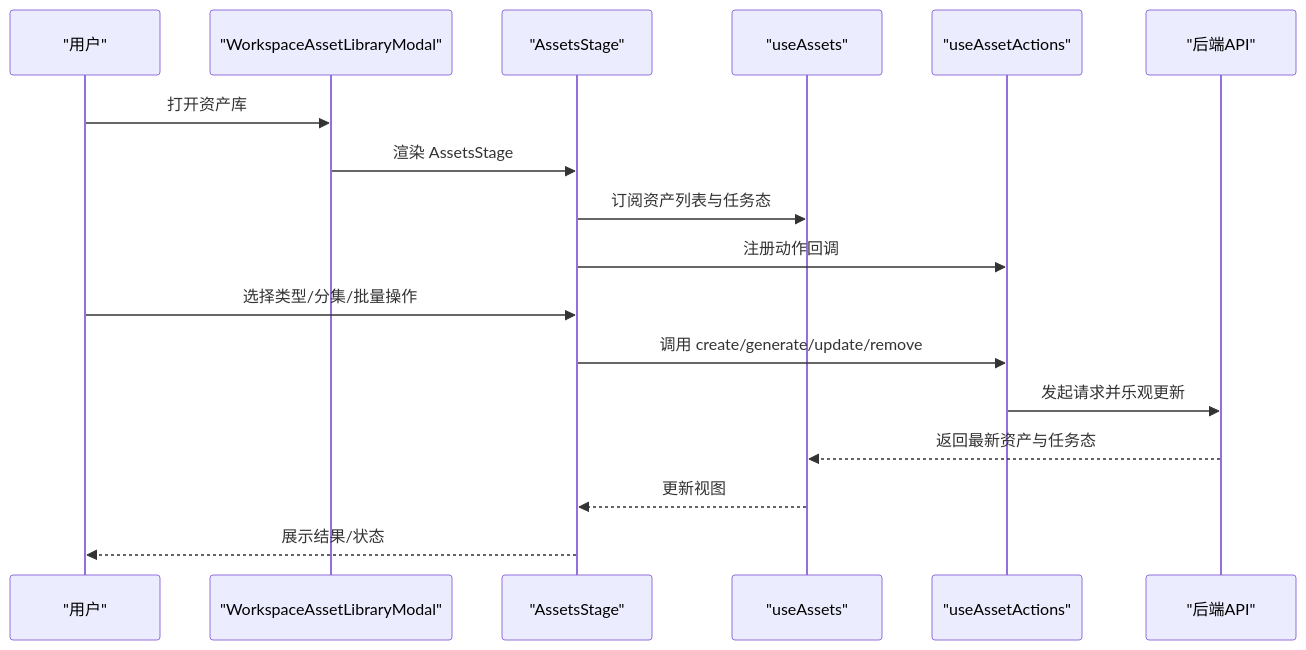
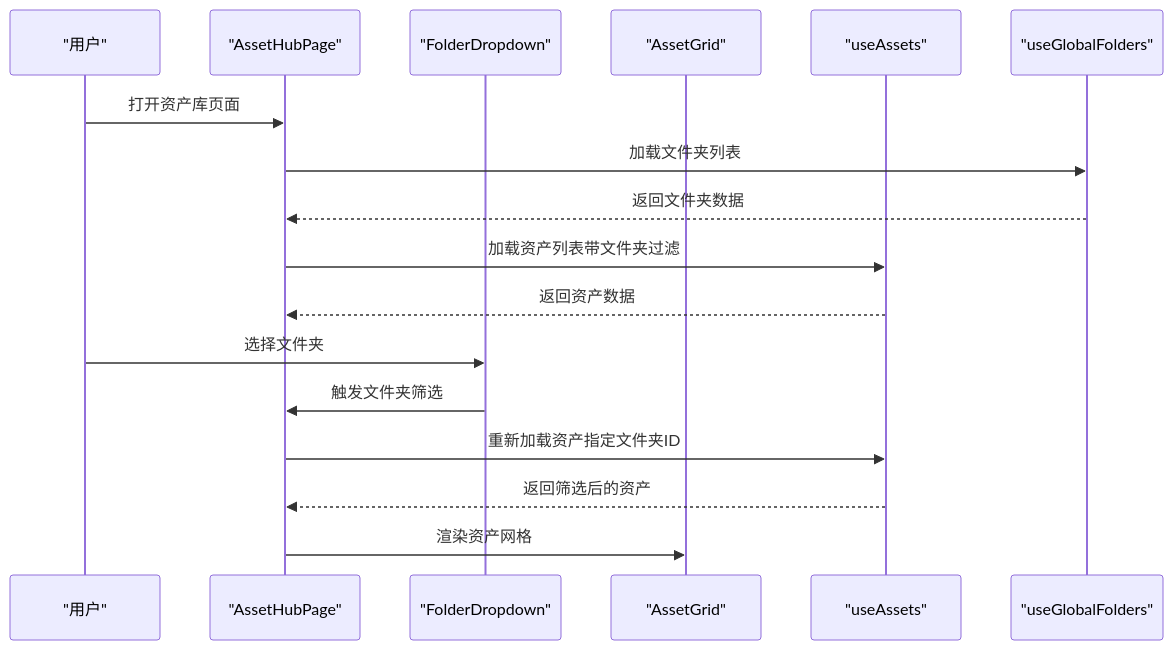
Before and after one commit to lyl2021/waoowaoo: the second of 4 diagrams in .qoder/repowiki/zh/content/前端组件架构/工作区组件/资产管理组件.md, drawn with Mermaid. The commit also changed other lines of this file and 18 other files, not shown here.

````diff
--- a/.qoder/repowiki/zh/content/前端组件架构/工作区组件/资产管理组件.md
+++ b/.qoder/repowiki/zh/content/前端组件架构/工作区组件/资产管理组件.md
@@ -149,19 +171,19 @@
 ```mermaid
 sequenceDiagram
 participant U as "用户"
-participant WALM as "WorkspaceAssetLibraryModal"
-participant AS as "AssetsStage"
+participant AH as "AssetHubPage"
+participant FD as "FolderDropdown"
+participant AG as "AssetGrid"
 participant UA as "useAssets"
-participant UAA as "useAssetActions"
-participant API as "后端API"
-U->>WALM : 打开资产库
-WALM->>AS : 渲染 AssetsStage
-AS->>UA : 订阅资产列表与任务态
-AS->>UAA : 注册动作回调
-U->>AS : 选择类型/分集/批量操作
-AS->>UAA : 调用 create/generate/update/remove
-UAA->>API : 发起请求并乐观更新
-API-->>UA : 返回最新资产与任务态
-UA-->>AS : 更新视图
-AS-->>U : 展示结果/状态
+participant UGF as "useGlobalFolders"
+U->>AH : 打开资产库页面
+AH->>UGF : 加载文件夹列表
+UGF-->>AH : 返回文件夹数据
+AH->>UA : 加载资产列表带文件夹过滤
+UA-->>AH : 返回资产数据
+U->>FD : 选择文件夹
+FD->>AH : 触发文件夹筛选
+AH->>UA : 重新加载资产指定文件夹ID
+UA-->>AH : 返回筛选后的资产
+AH->>AG : 渲染资产网格
 ```
````
